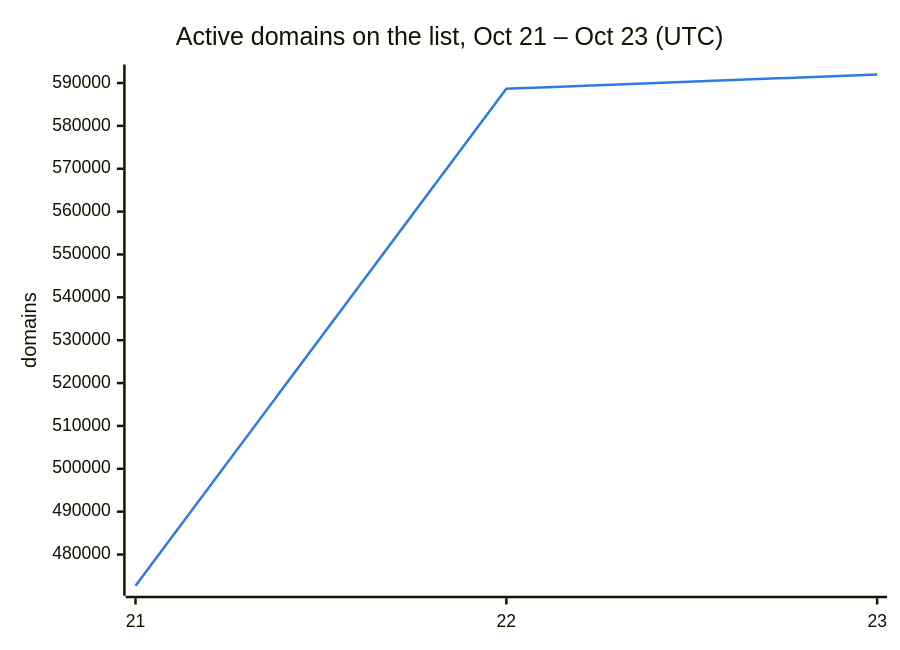
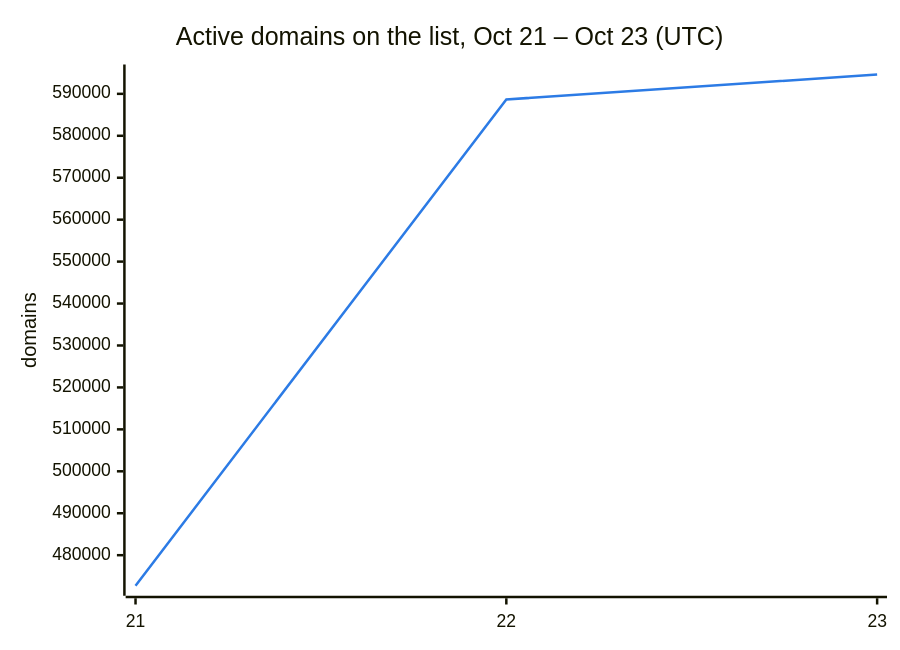
Before and after one commit to DNSBunker/CTI: the second of 3 diagrams in README.md, drawn with Mermaid. The commit also changed other lines of this file and 3 other files, not shown here.

````diff
--- a/README.md
+++ b/README.md
@@ -38,8 +38,8 @@
 ```mermaid
 %%{init: {"themeVariables": {"xyChart": {"plotColorPalette": "#2c7be5"}}}}%%
 xychart-beta
     title "Active domains on the list, Oct 21 – Oct 23 (UTC)"
     x-axis ["21", "22", "23"]
     y-axis "domains"
-    line [472713, 588659, 591988]
+    line [472713, 588659, 594612]
 ```
````
